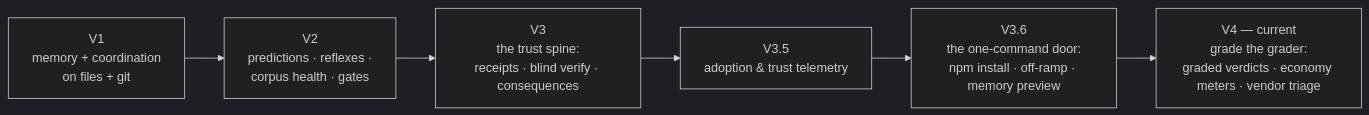
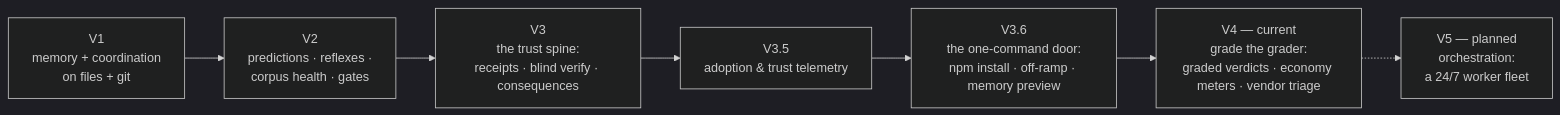
Diagram 24 of 24 in README.md (sma-framework/sma), drawn with Mermaid (dark theme) before and after one commit. The commit also changed other lines of this file and 1 other file, not shown here.

First line of the commit message:
docs: V5 roadmap — orchestration, a 24/7 worker fleet (planned next + version graph)

````diff
--- a/README.md
+++ b/README.md
@@ -948,8 +948,9 @@
 ```mermaid
 flowchart LR
     V1["V1<br>memory + coordination<br>on files + git"] --> V2["V2<br>predictions · reflexes ·<br>corpus health · gates"]
     V2 --> V3["V3<br>the trust spine:<br>receipts · blind verify · consequences"]
     V3 --> V35["V3.5<br>adoption & trust telemetry"]
     V35 --> V36["V3.6<br>the one-command door:<br>npm install · off-ramp · memory preview"]
     V36 --> V4["V4 — current<br>grade the grader:<br>graded verdicts · economy meters · vendor triage"]
+    V4 -.-> V5["V5 — planned<br>orchestration:<br>a 24/7 worker fleet"]
 ```
````
